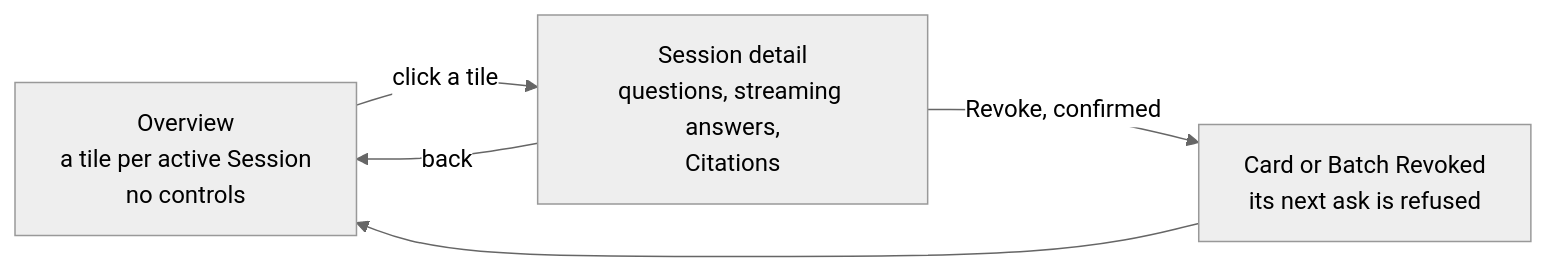
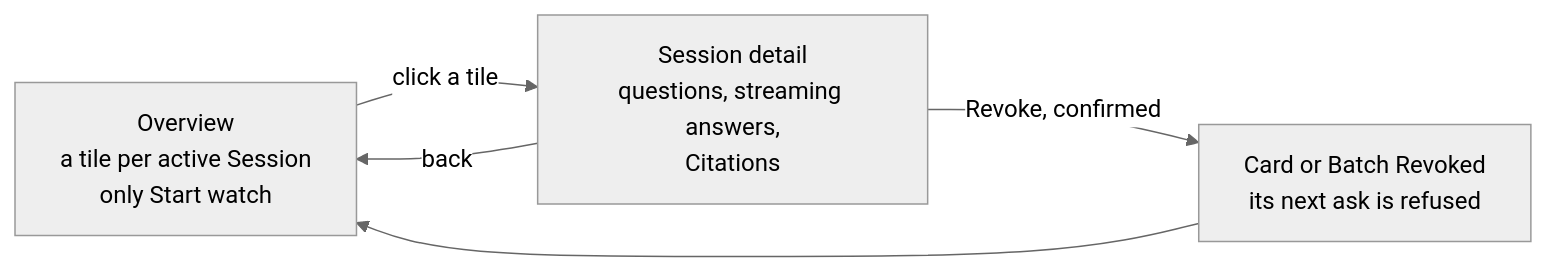
Before and after one commit to imkarrer/library-ai-lab: the first of 3 diagrams in docs/design/live-view.md, drawn with Mermaid (neutral theme). The commit also changed other lines of this file and 9 other files, not shown here.

````diff
--- a/docs/design/live-view.md
+++ b/docs/design/live-view.md
@@ -26,7 +26,7 @@
 ```mermaid
 flowchart LR
-    O[Overview<br/>a tile per active Session<br/>no controls] -- click a tile --> D[Session detail<br/>questions, streaming answers,<br/>Citations]
+    O[Overview<br/>a tile per active Session<br/>only Start watch] -- click a tile --> D[Session detail<br/>questions, streaming answers,<br/>Citations]
     D -- back --> O
     D -- Revoke, confirmed --> R[Card or Batch Revoked<br/>its next ask is refused]
     R --> O
 ```
````
